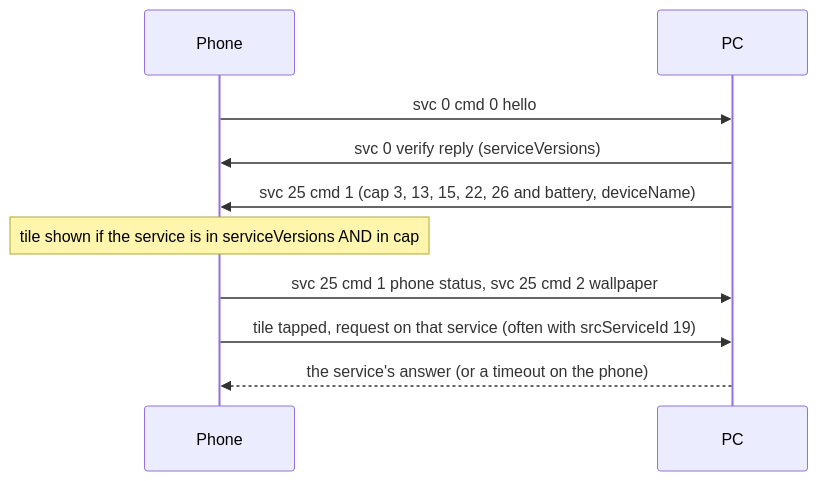
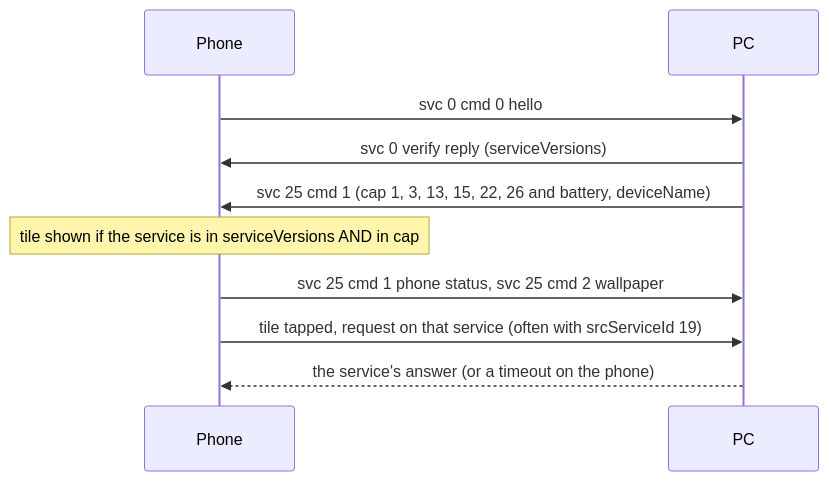
Before and after one commit to vemru/linuxsmartconnect: the diagram in docs/protocol/device-status-and-tiles.md, drawn with Mermaid. The commit also changed other lines of this file and 89 other files, not shown here.

````diff
--- a/docs/protocol/device-status-and-tiles.md
+++ b/docs/protocol/device-status-and-tiles.md
@@ -104,12 +104,12 @@
 ```mermaid
 sequenceDiagram
     participant P as Phone
     participant PC as PC
     P->>PC: svc 0 cmd 0 hello
     PC->>P: svc 0 verify reply (serviceVersions)
-    PC->>P: svc 25 cmd 1 (cap 3, 13, 15, 22, 26 and battery, deviceName)
+    PC->>P: svc 25 cmd 1 (cap 1, 3, 13, 15, 22, 26 and battery, deviceName)
     Note over P: tile shown if the service is in serviceVersions AND in cap
     P->>PC: svc 25 cmd 1 phone status, svc 25 cmd 2 wallpaper
     P->>PC: tile tapped, request on that service (often with srcServiceId 19)
     PC-->>P: the service's answer (or a timeout on the phone)
 ```
````
